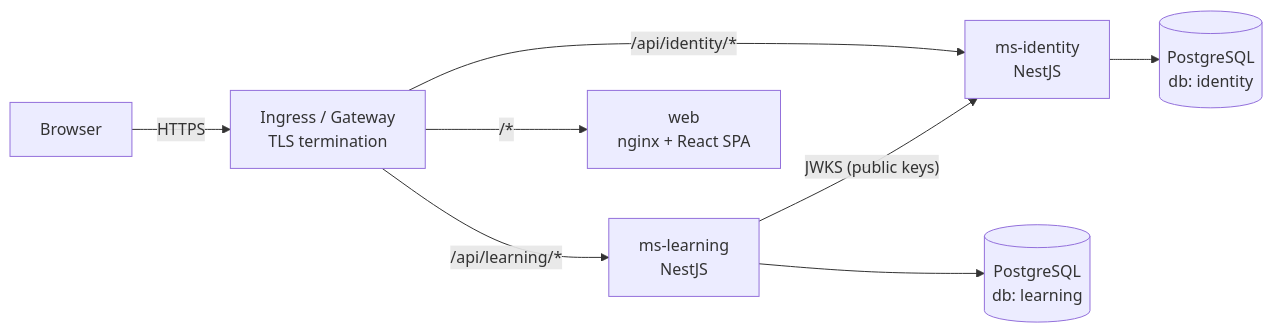
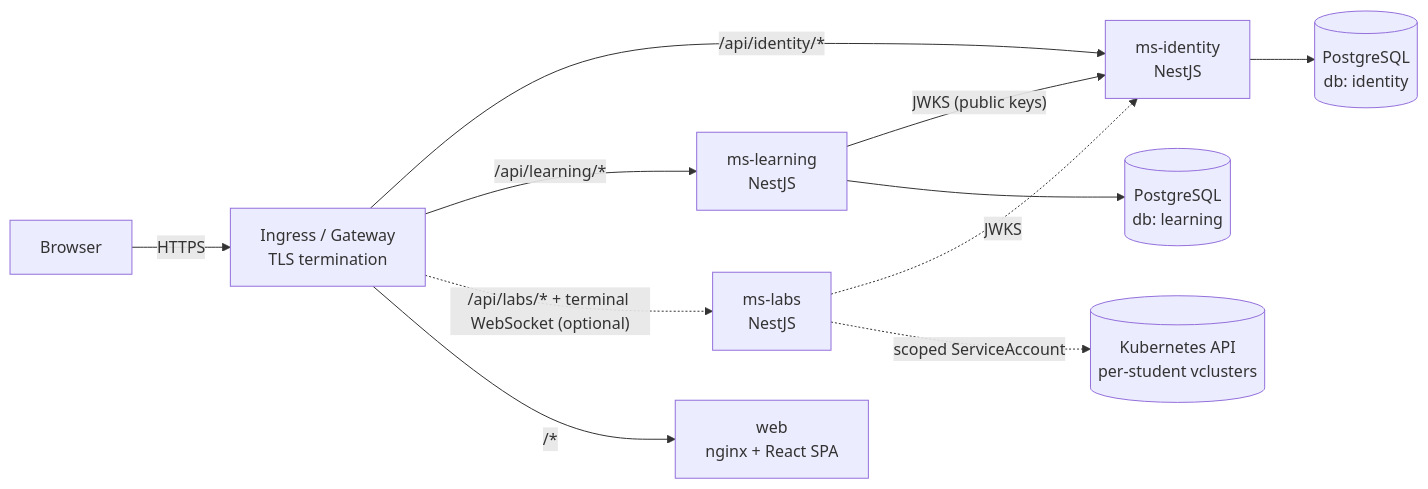
Before and after one commit to mekki02/cka-lab: the first of 2 diagrams in docs/ARCHITECTURE.md, drawn with Mermaid. The commit also changed other lines of this file and 71 other files, not shown here.

First line of the commit message:
feat: browser lab environments (ms-labs, vcluster per student, web terminal)

````diff
--- a/docs/ARCHITECTURE.md
+++ b/docs/ARCHITECTURE.md
@@ -7,10 +7,13 @@
 ```mermaid
 flowchart LR
   B[Browser] -- HTTPS --> I[Ingress / Gateway<br/>TLS termination]
   I -- "/api/identity/*" --> ID[ms-identity<br/>NestJS]
   I -- "/api/learning/*" --> LE[ms-learning<br/>NestJS]
+  I -. "/api/labs/* + terminal WebSocket (optional)" .-> LB[ms-labs<br/>NestJS]
   I -- "/*" --> W[web<br/>nginx + React SPA]
   LE -- "JWKS (public keys)" --> ID
+  LB -. JWKS .-> ID
+  LB -. "scoped ServiceAccount" .-> K[(Kubernetes API<br/>per-student vclusters)]
   ID --> PG[(PostgreSQL<br/>db: identity)]
   LE --> PG2[(PostgreSQL<br/>db: learning)]
 ```
````
